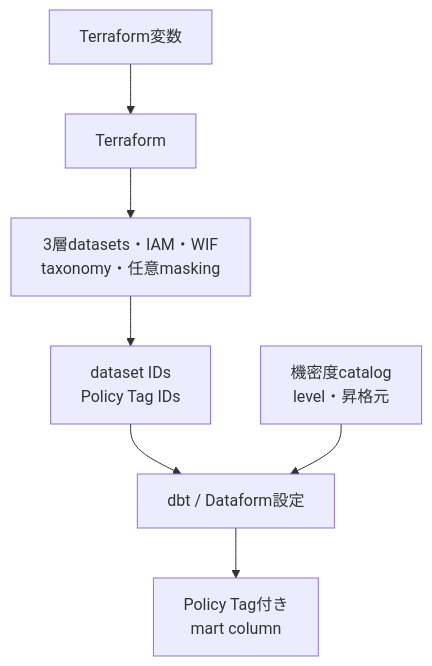
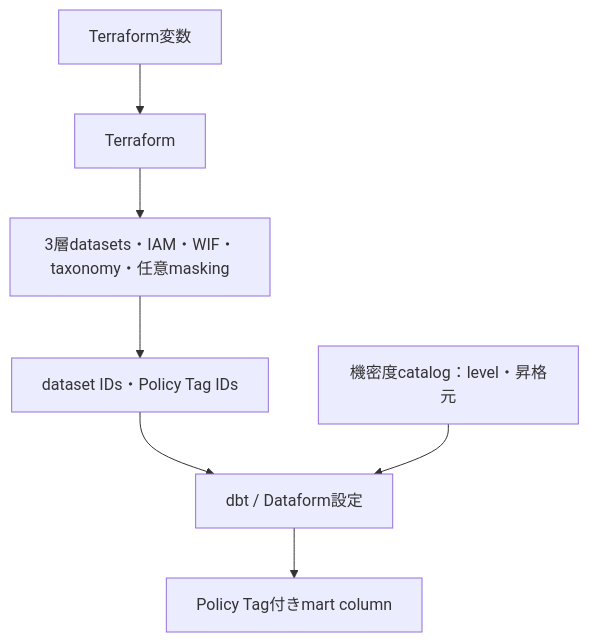
Before and after one commit to Yukihide-Mitsuoka/secure-ga4-bq-template: the third of 5 diagrams in docs/requirements/README.md, drawn with Mermaid. The commit also changed other lines of this file, not shown here.

Commit message:
docs: improve architecture diagram labels

````diff
--- a/docs/requirements/README.md
+++ b/docs/requirements/README.md
@@ -70,9 +70,9 @@
 ```mermaid
 flowchart TB
   PARAMS["Terraform変数"] --> TF["Terraform"]
-  TF --> INFRA["3層datasets・IAM・WIF<br/>taxonomy・任意masking"]
-  INFRA --> OUTPUTS["dataset IDs<br/>Policy Tag IDs"]
+  TF --> INFRA["3層datasets・IAM・WIF・taxonomy・任意masking"]
+  INFRA --> OUTPUTS["dataset IDs・Policy Tag IDs"]
   OUTPUTS --> PROFILE["dbt / Dataform設定"]
-  CATALOG["機密度catalog<br/>level・昇格元"] --> PROFILE
-  PROFILE --> MART["Policy Tag付き<br/>mart column"]
+  CATALOG["機密度catalog：level・昇格元"] --> PROFILE
+  PROFILE --> MART["Policy Tag付きmart column"]
 ```
````
